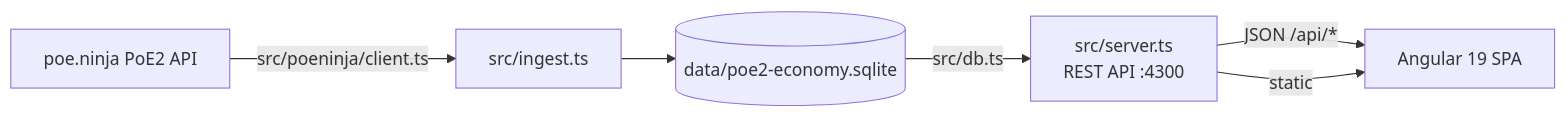
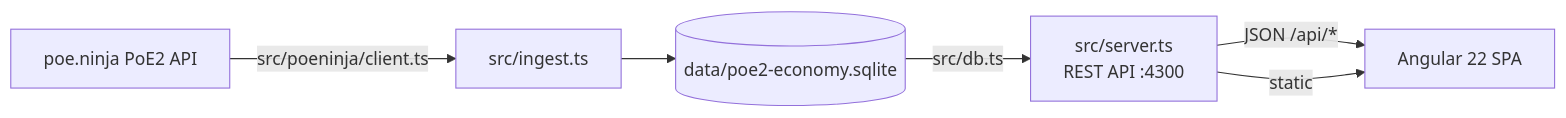
The diagram in README.md (sin2akshay/poe-market-helper), drawn with Mermaid before and after one commit. The commit also changed other lines of this file and 2 other files, not shown here.

Commit message:
docs: update all docs for Angular 22, tests, tracked assets, and current date

````diff
--- a/README.md
+++ b/README.md
@@ -15,8 +15,8 @@
 ```mermaid
 flowchart LR
     PN[poe.ninja PoE2 API] -->|src/poeninja/client.ts| INGEST[src/ingest.ts]
     INGEST --> DB[(data/poe2-economy.sqlite)]
     DB -->|src/db.ts| SERVER[src/server.ts<br/>REST API :4300]
-    SERVER -->|JSON /api/*| ANGULAR[Angular 19 SPA]
+    SERVER -->|JSON /api/*| ANGULAR[Angular 22 SPA]
     SERVER -->|static| ANGULAR
 ```
````
